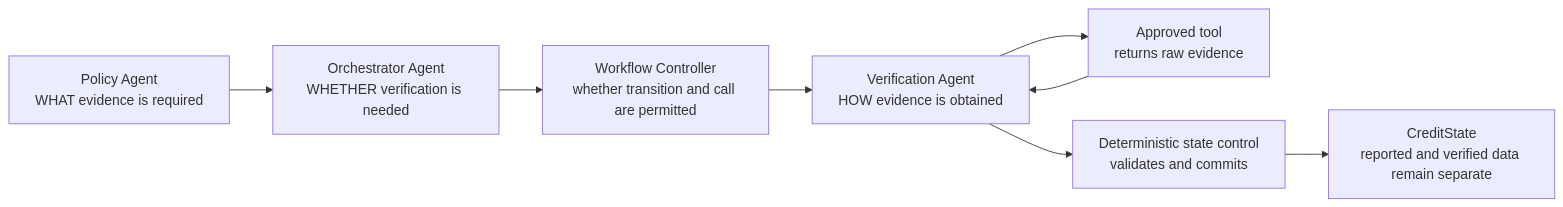
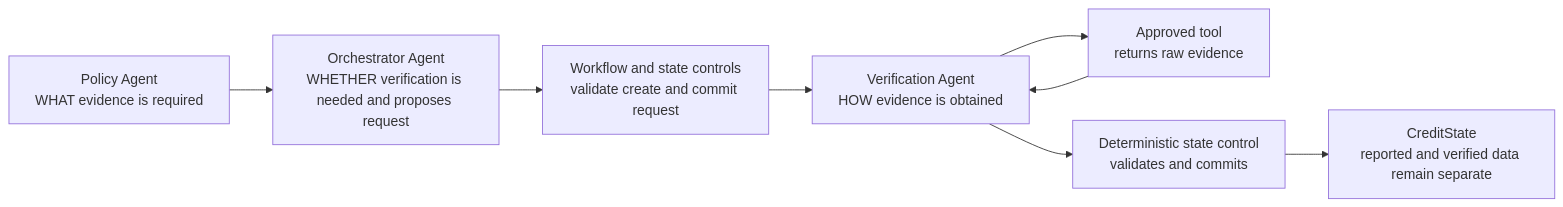
Before and after one commit to HanW33/creditpilot: the second of 4 diagrams in docs/ARCHITECTURE.md, drawn with Mermaid. The commit also changed other lines of this file, not shown here.

Commit message:
Sync approved architecture decisions

````diff
--- a/docs/ARCHITECTURE.md
+++ b/docs/ARCHITECTURE.md
@@ -105,12 +105,12 @@
 ```mermaid
 flowchart LR
     P[Policy Agent<br/>WHAT evidence is required]
-    O[Orchestrator Agent<br/>WHETHER verification is needed]
-    C[Workflow Controller<br/>whether transition and call are permitted]
+    O[Orchestrator Agent<br/>WHETHER verification is needed and proposes request]
+    C[Workflow and state controls<br/>validate create and commit request]
     V[Verification Agent<br/>HOW evidence is obtained]
     T[Approved tool<br/>returns raw evidence]
     S[Deterministic state control<br/>validates and commits]
     CS[CreditState<br/>reported and verified data remain separate]
 
     P --> O --> C --> V --> T --> V --> S --> CS
 ```
````
